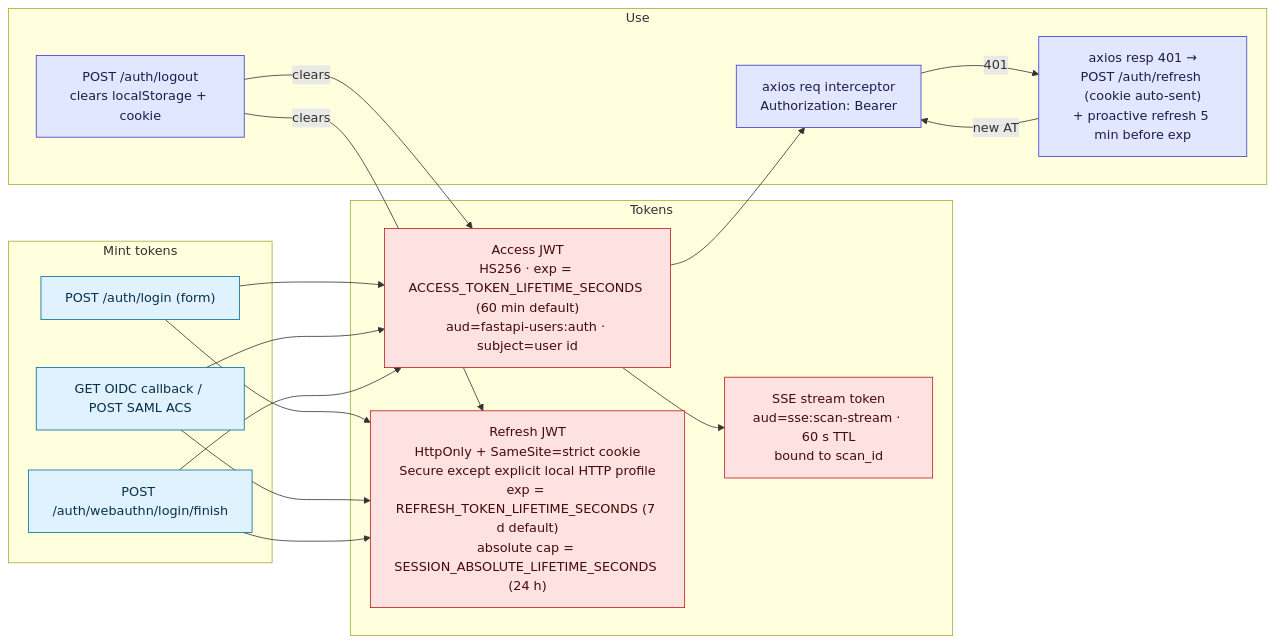
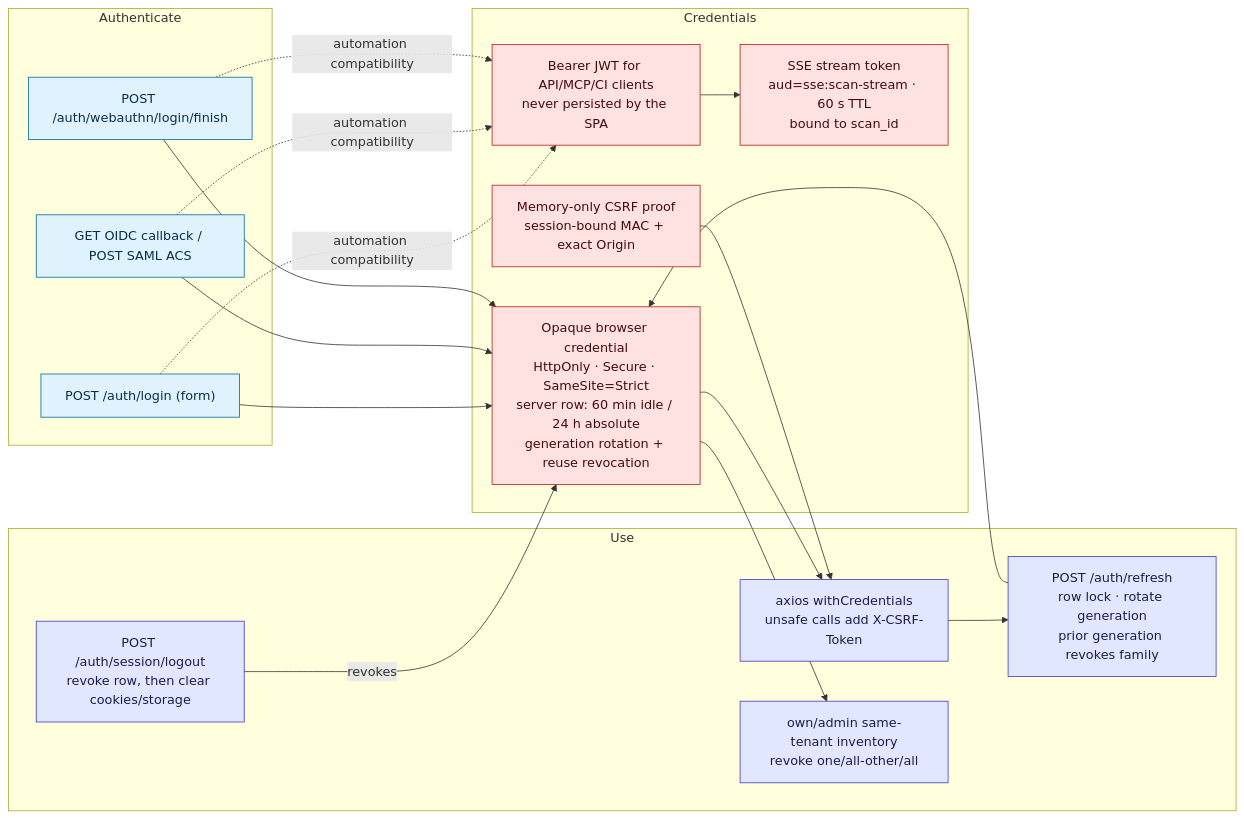
One commit to nerdy-krishna/ai-secure-coding-compliance-platform changed the third of 5 diagrams in docs/docs/architecture/diagrams/08-auth-tenancy-sso.md. Above: the diagram before and after it, drawn with Mermaid. The commit also changed other lines of this file and 16 other files, not shown here.

````diff
--- a/docs/docs/architecture/diagrams/08-auth-tenancy-sso.md
+++ b/docs/docs/architecture/diagrams/08-auth-tenancy-sso.md
@@ -96,32 +95,35 @@
 ```mermaid
 flowchart LR
-    subgraph Mint["Mint tokens"]
+    subgraph Mint["Authenticate"]
       A1["POST /auth/login (form)"]:::edge
       A2["GET OIDC callback / POST SAML ACS"]:::edge
       A3["POST /auth/webauthn/login/finish"]:::edge
     end
 
-    subgraph Tokens
-      AT["Access JWT<br/>HS256 · exp = ACCESS_TOKEN_LIFETIME_SECONDS (60 min default)<br/>aud=fastapi-users:auth · subject=user id"]:::secret
-      RT["Refresh JWT<br/>HttpOnly + SameSite=strict cookie<br/>Secure except explicit local HTTP profile<br/>exp = REFRESH_TOKEN_LIFETIME_SECONDS (7 d default)<br/>absolute cap = SESSION_ABSOLUTE_LIFETIME_SECONDS (24 h)"]:::secret
+    subgraph Credentials
+      BS["Opaque browser credential<br/>HttpOnly · Secure · SameSite=Strict<br/>server row: 60 min idle / 24 h absolute<br/>generation rotation + reuse revocation"]:::secret
+      CSRF["Memory-only CSRF proof<br/>session-bound MAC + exact Origin"]:::secret
+      AT["Bearer JWT for API/MCP/CI clients<br/>never persisted by the SPA"]:::secret
       SSE["SSE stream token<br/>aud=sse:scan-stream · 60 s TTL<br/>bound to scan_id"]:::secret
     end
 
     subgraph Use
-      Axios["axios req interceptor<br/>Authorization: Bearer <AT>"]:::app
-      Refresh["axios resp 401 →<br/>POST /auth/refresh (cookie auto-sent)<br/>+ proactive refresh 5 min before exp"]:::app
-      Logout["POST /auth/logout<br/>clears localStorage + cookie"]:::app
+      Axios["axios withCredentials<br/>unsafe calls add X-CSRF-Token"]:::app
+      Refresh["POST /auth/refresh<br/>row lock · rotate generation<br/>prior generation revokes family"]:::app
+      Inventory["own/admin same-tenant inventory<br/>revoke one/all-other/all"]:::app
+      Logout["POST /auth/session/logout<br/>revoke row, then clear cookies/storage"]:::app
     end
 
-    A1 & A2 & A3 --> AT
-    A1 & A2 & A3 --> RT
-    AT --> Axios
-    Axios -- "401" --> Refresh -- "new AT" --> Axios
+    A1 & A2 & A3 --> BS
+    BS --> Axios
+    CSRF --> Axios
+    Axios --> Refresh --> BS
+    BS --> Inventory
+    A1 & A2 & A3 -. "automation compatibility" .-> AT
     AT --> SSE
-    Logout -- "clears" --> AT
-    Logout -- "clears" --> RT
+    Logout -- "revokes" --> BS
 
     classDef edge fill:#e0f2fe,stroke:#0369a1,color:#082f49;
     classDef app  fill:#e0e7ff,stroke:#4338ca,color:#1e1b4b;
     classDef secret fill:#fee2e2,stroke:#b91c1c,color:#450a0a;
 ```
````
